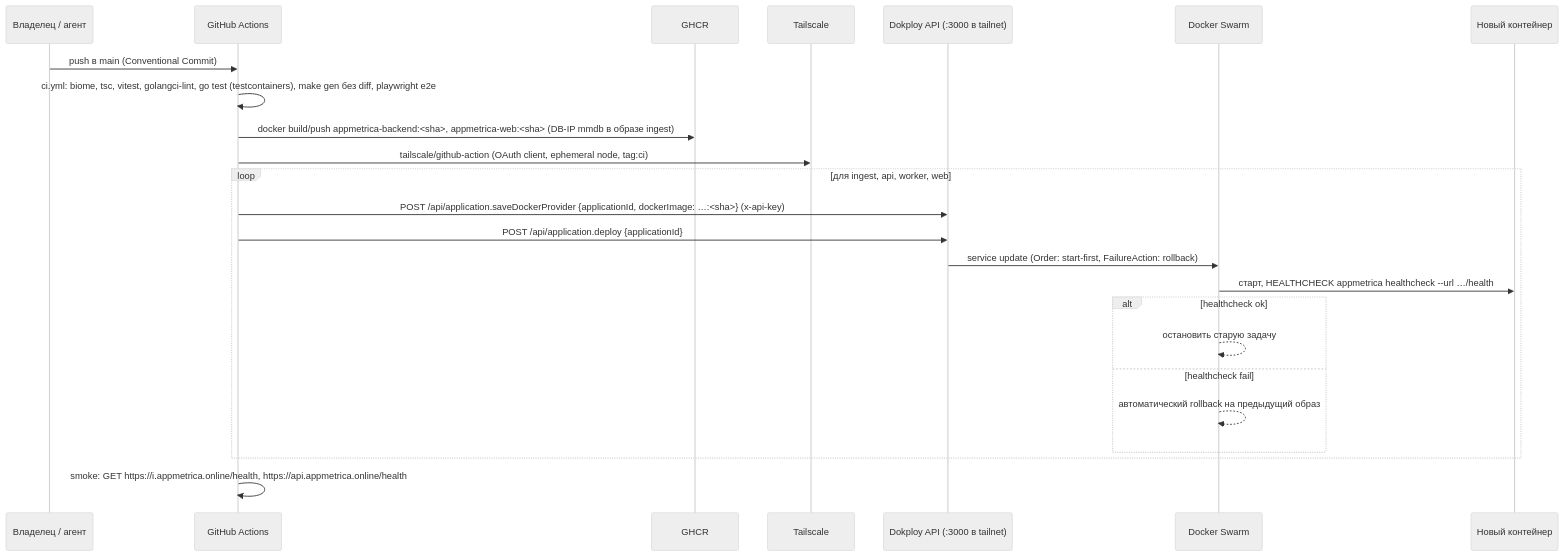
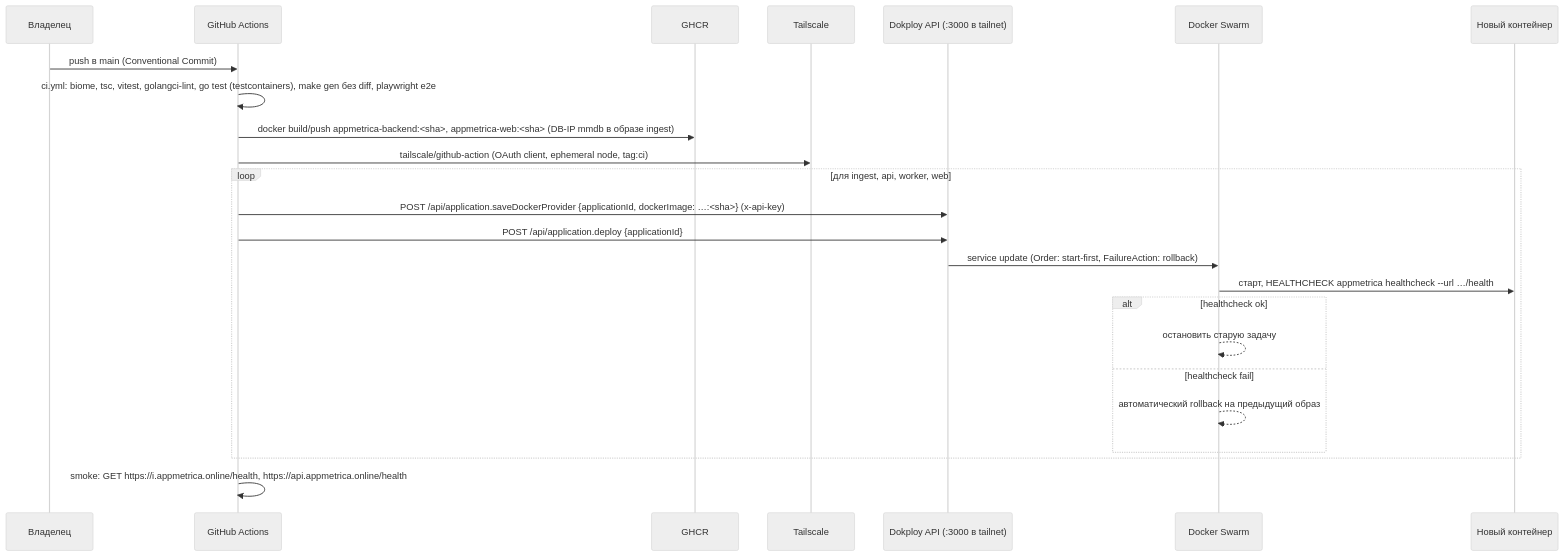
The eighth of 10 diagrams in docs/discovery/2026-10-13-appmetrica-online/03-architecture.md (InstaRobot/appmetrica.online), drawn with Mermaid (neutral theme) before and after one commit. The commit also changed 28 other files, not shown here.

````diff
--- a/docs/discovery/2026-10-13-appmetrica-online/03-architecture.md
+++ b/docs/discovery/2026-10-13-appmetrica-online/03-architecture.md
@@ -451,27 +451,27 @@
 ```mermaid
 sequenceDiagram
-    participant Dev as Владелец / агент
+    participant Dev as Владелец
     participant GH as GitHub Actions
     participant REG as GHCR
     participant TS as Tailscale
     participant DK as Dokploy API (:3000 в tailnet)
     participant SW as Docker Swarm
     participant NEW as Новый контейнер
 
     Dev->>GH: push в main (Conventional Commit)
     GH->>GH: ci.yml: biome, tsc, vitest, golangci-lint, go test (testcontainers), make gen без diff, playwright e2e
     GH->>REG: docker build/push appmetrica-backend:<sha>, appmetrica-web:<sha> (DB-IP mmdb в образе ingest)
     GH->>TS: tailscale/github-action (OAuth client, ephemeral node, tag:ci)
     loop для ingest, api, worker, web
         GH->>DK: POST /api/application.saveDockerProvider {applicationId, dockerImage: …:<sha>} (x-api-key)
         GH->>DK: POST /api/application.deploy {applicationId}
         DK->>SW: service update (Order: start-first, FailureAction: rollback)
         SW->>NEW: старт, HEALTHCHECK appmetrica healthcheck --url …/health
         alt healthcheck ok
             SW-->>SW: остановить старую задачу
         else healthcheck fail
             SW-->>SW: автоматический rollback на предыдущий образ
         end
     end
     GH->>GH: smoke: GET https://i.appmetrica.online/health, https://api.appmetrica.online/health
 ```
````
